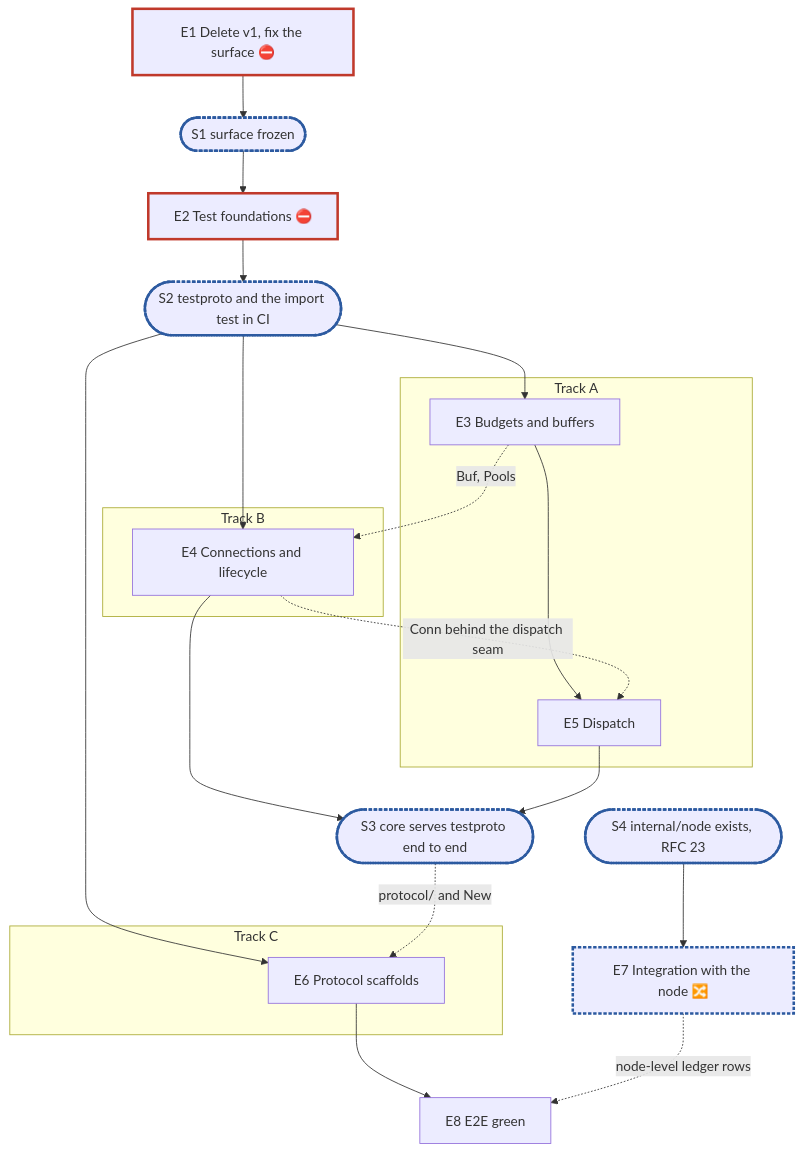
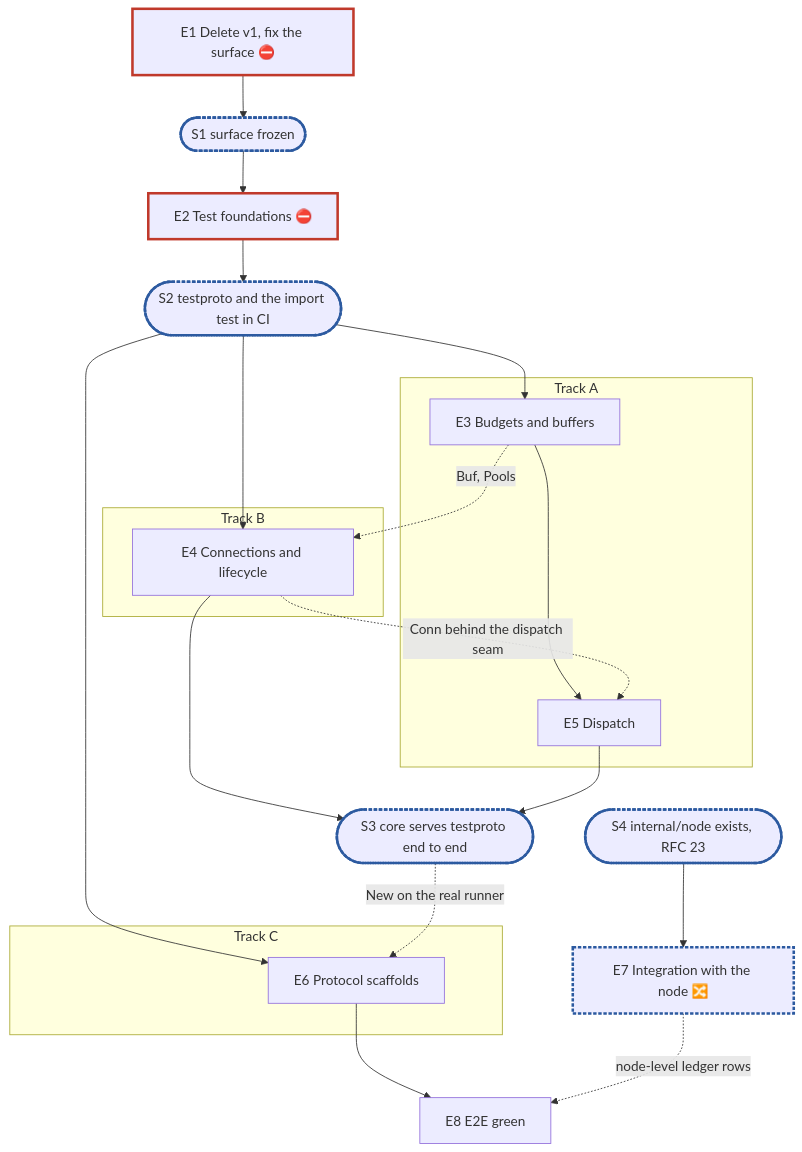
Before and after one commit to marmos91/dittofs: the diagram in docs/internals/planning/rfc-20-adapters-plan.md, drawn with Mermaid. The commit also changed other lines of this file and 4 other files, not shown here.

````diff
--- a/docs/internals/planning/rfc-20-adapters-plan.md
+++ b/docs/internals/planning/rfc-20-adapters-plan.md
@@ -295,24 +299,24 @@
 ```mermaid
 flowchart TD
   E1["E1 Delete v1, fix the surface ⛔"]:::blocker --> S1(["S1 surface frozen"]):::sync
   S1 --> E2["E2 Test foundations ⛔"]:::blocker --> S2(["S2 testproto and the import test in CI"]):::sync
   subgraph A["Track A"]
     E3["E3 Budgets and buffers"] --> E5["E5 Dispatch"]
   end
   subgraph B["Track B"]
     E4["E4 Connections and lifecycle"]
   end
   subgraph C["Track C"]
     E6["E6 Protocol scaffolds"]
   end
   S2 --> E3 & E4 & E6
   E3 -. "Buf, Pools" .-> E4
   E4 -. "Conn behind the dispatch seam" .-> E5
   E4 & E5 --> S3(["S3 core serves testproto end to end"]):::sync
-  S3 -. "protocol/ and New" .-> E6
+  S3 -. "New on the real runner" .-> E6
   S4(["S4 internal/node exists, RFC 23"]):::sync --> E7["E7 Integration with the node 🔀"]:::sync
   E6 --> E8["E8 E2E green"]
   E7 -. "node-level ledger rows" .-> E8
   classDef blocker stroke:#c0392b,stroke-width:3px
   classDef sync stroke:#2c5aa0,stroke-width:3px,stroke-dasharray:4 2
 ```
````
